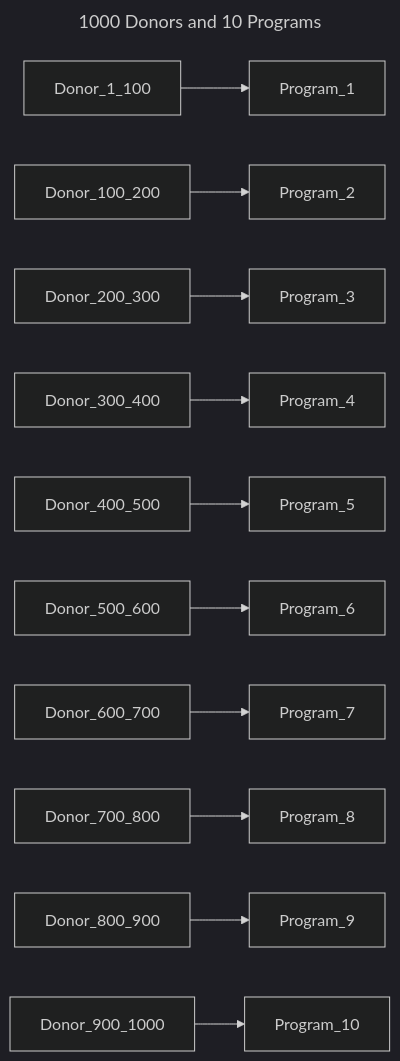
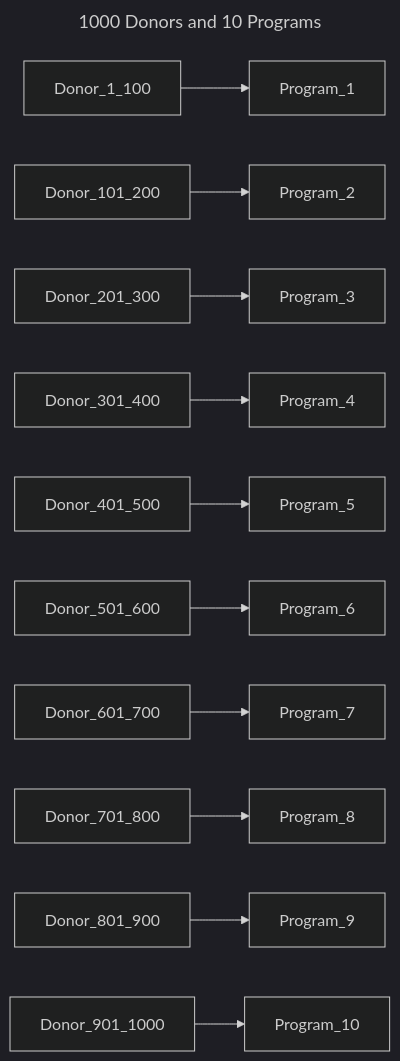
Before and after one commit to bento-platform/katsu: the first of 13 diagrams in chord_metadata_service/mohpackets/data/large_dataset/README.md, drawn with Mermaid (dark theme). The commit also changed other lines of this file, not shown here.

````diff
--- a/chord_metadata_service/mohpackets/data/large_dataset/README.md
+++ b/chord_metadata_service/mohpackets/data/large_dataset/README.md
@@ -5,17 +5,17 @@
 ```mermaid
 ---
 title: 1000 Donors and 10 Programs
 ---
 graph LR;  
   Donor_1_100 --> Program_1;
-  Donor_100_200 --> Program_2;  
-  Donor_200_300 --> Program_3;  
-  Donor_300_400 --> Program_4;  
-  Donor_400_500 --> Program_5;  
-  Donor_500_600 --> Program_6;  
-  Donor_600_700 --> Program_7;  
-  Donor_700_800 --> Program_8;  
-  Donor_800_900 --> Program_9;
-  Donor_900_1000 --> Program_10;    
+  Donor_101_200 --> Program_2;  
+  Donor_201_300 --> Program_3;  
+  Donor_301_400 --> Program_4;  
+  Donor_401_500 --> Program_5;  
+  Donor_501_600 --> Program_6;  
+  Donor_601_700 --> Program_7;  
+  Donor_701_800 --> Program_8;  
+  Donor_801_900 --> Program_9;
+  Donor_901_1000 --> Program_10;    
  
 ```
````
